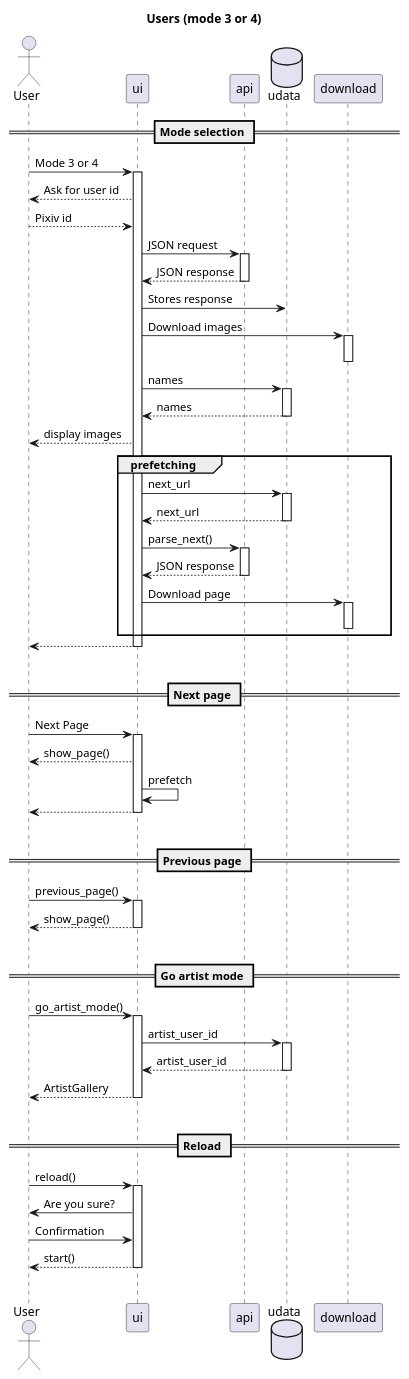
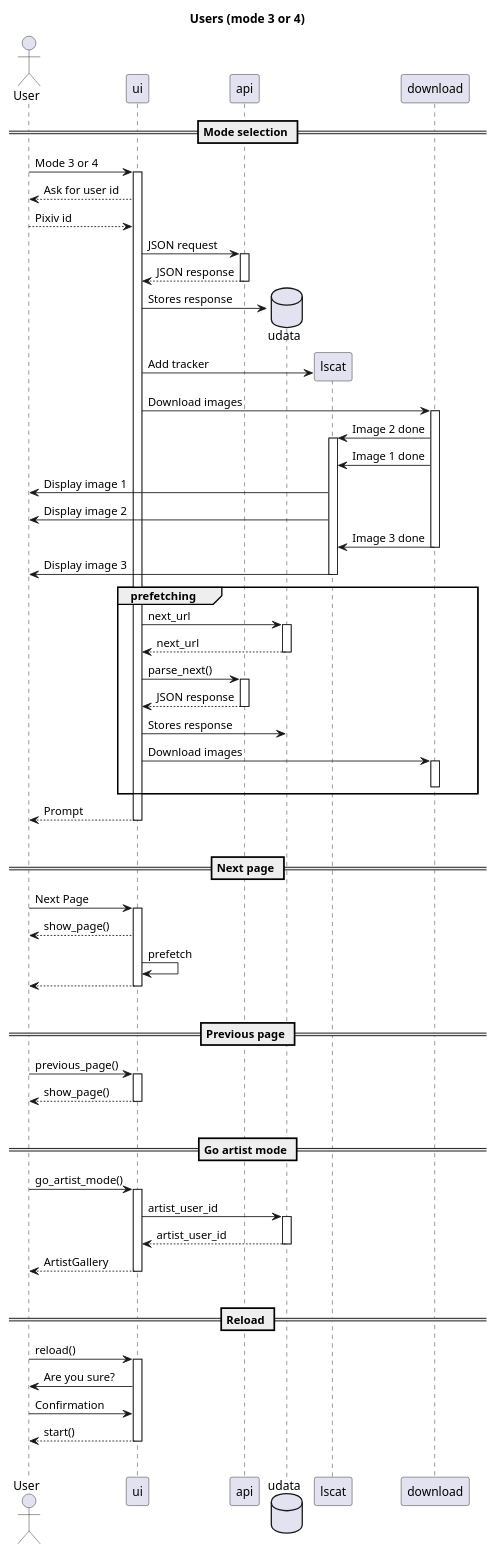
One commit to akazukin5151/koneko changed the diagram in puml/users.puml. Above: the diagram before and after it, drawn with PlantUML. The commit also changed 2 other files, not shown here.

Commit message:
Updated flowcharts for instant gallery

```diff
--- a/puml/users.puml
+++ b/puml/users.puml
@@ -1,58 +1,66 @@
 @startuml
 title Users (mode 3 or 4)
 
 == Mode selection ==
 actor User
 User -> ui ++: Mode 3 or 4
 ui --> User: Ask for user id
 User --> ui: Pixiv id
 ui -> api ++: JSON request
 return JSON response
 database udata
+create udata
 ui -> udata: Stores response
+create lscat
+ui -> lscat: Add tracker
 ui -> download: Download images
 activate download
+download -> lscat ++: Image 2 done
+download -> lscat: Image 1 done
+lscat -> User: Display image 1
+lscat -> User: Display image 2
+download -> lscat: Image 3 done
 deactivate download
-ui -> udata ++: names
-return names
-ui --> User: display images
+lscat -> User: Display image 3
+deactivate lscat
 group prefetching
     ui -> udata ++: next_url
     return next_url
     ui -> api ++: parse_next()
     return JSON response
-    ui -> download: Download page
+    ui -> udata: Stores response
+    ui -> download: Download images
     activate download
     deactivate download
 end
-return
+return Prompt
 |||
 
 == Next page ==
 User -> ui ++: Next Page
 ui --> User: show_page()
 ui -> ui: prefetch
 return
 |||
 
 == Previous page ==
 User -> ui ++: previous_page()
 return show_page()
 |||
 
 == Go artist mode ==
 User -> ui ++: go_artist_mode()
 ui -> udata ++: artist_user_id
 return artist_user_id
 return ArtistGallery
 |||
 
 == Reload ==
 User -> ui ++: reload()
 ui -> User: Are you sure?
 User -> ui: Confirmation
 return start()
 |||
 
 
 @enduml
```
